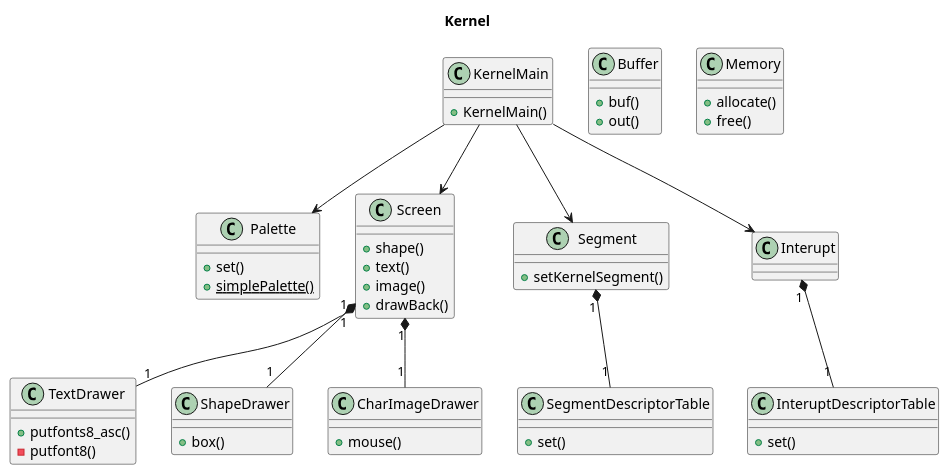
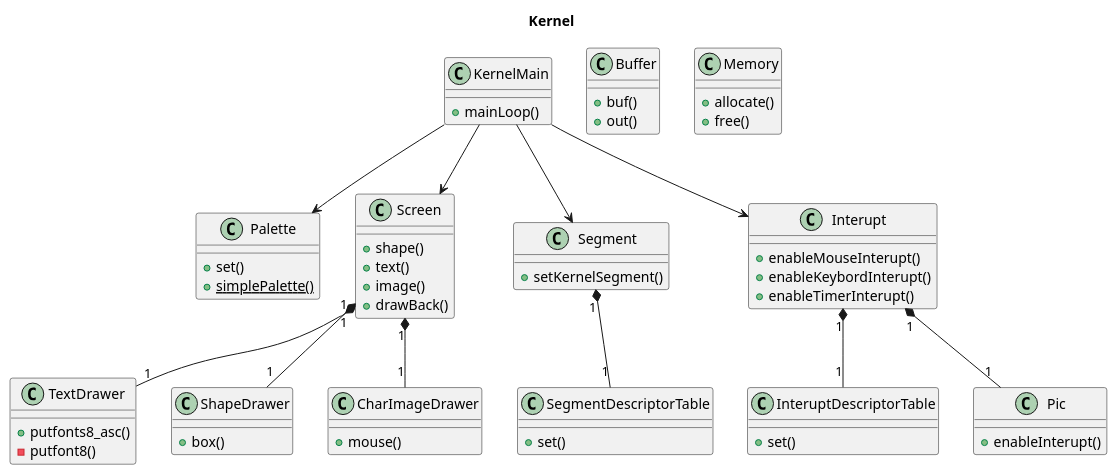
The diagram in doc/diagrams/src/overview.wsd (takowasaby/kaOS), drawn with PlantUML before and after one commit. The commit also changed 7 other files, not shown here.

```diff
--- a/doc/diagrams/src/overview.wsd
+++ b/doc/diagrams/src/overview.wsd
@@ -1,69 +1,77 @@
 @startuml
 
 title Kernel
 
 class KernelMain {
-    +KernelMain()
+    +mainLoop()
 }
 
 class Buffer {
     +buf()
     +out()
 }
 
 class Memory {
     +allocate()
     +free()
 }
 
 class Palette {
     +set()
     {static}+simplePalette()
 }
 
 class Screen {
     +shape()
     +text()
     +image()
     +drawBack()
 }
 
 class TextDrawer {
     +putfonts8_asc()
     -putfont8()
 }
 
 class ShapeDrawer {
     +box()
 }
 
 class CharImageDrawer {
     +mouse()
 }
 
 class Segment {
     +setKernelSegment()
 }
 
 class SegmentDescriptorTable {
     +set()
 }
 
 class Interupt {
+    +enableMouseInterupt()
+    +enableKeybordInterupt()
+    +enableTimerInterupt()
 }
 
 class InteruptDescriptorTable {
     +set()
+}
+
+class Pic {
+    +enableInterupt()
 }
 
 KernelMain --> Screen
 KernelMain --> Palette
 KernelMain --> Segment
 KernelMain --> Interupt
 Screen "1" *-- "1" TextDrawer
 Screen "1" *-- "1" ShapeDrawer
 Screen "1" *-- "1" CharImageDrawer
+Interupt "1" *-- "1" Pic
 Segment "1" *-- "1" SegmentDescriptorTable
 Interupt "1" *-- "1" InteruptDescriptorTable
 
 @enduml
```
